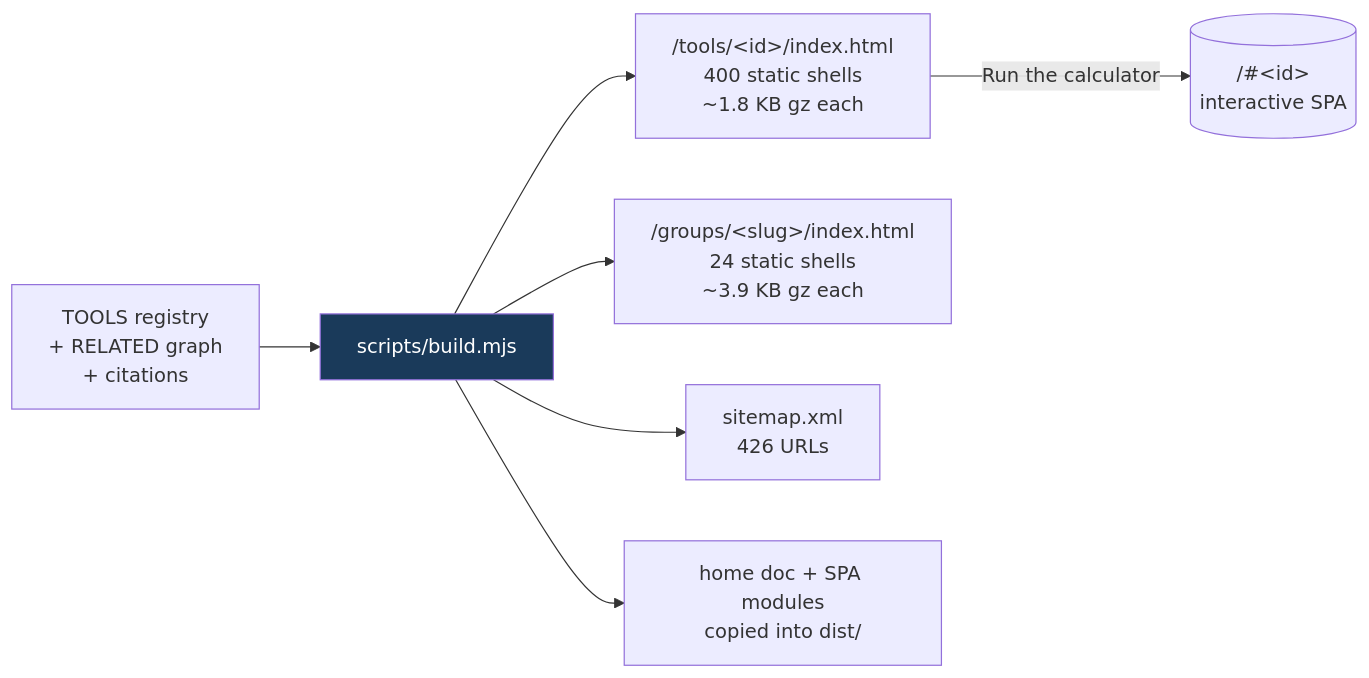
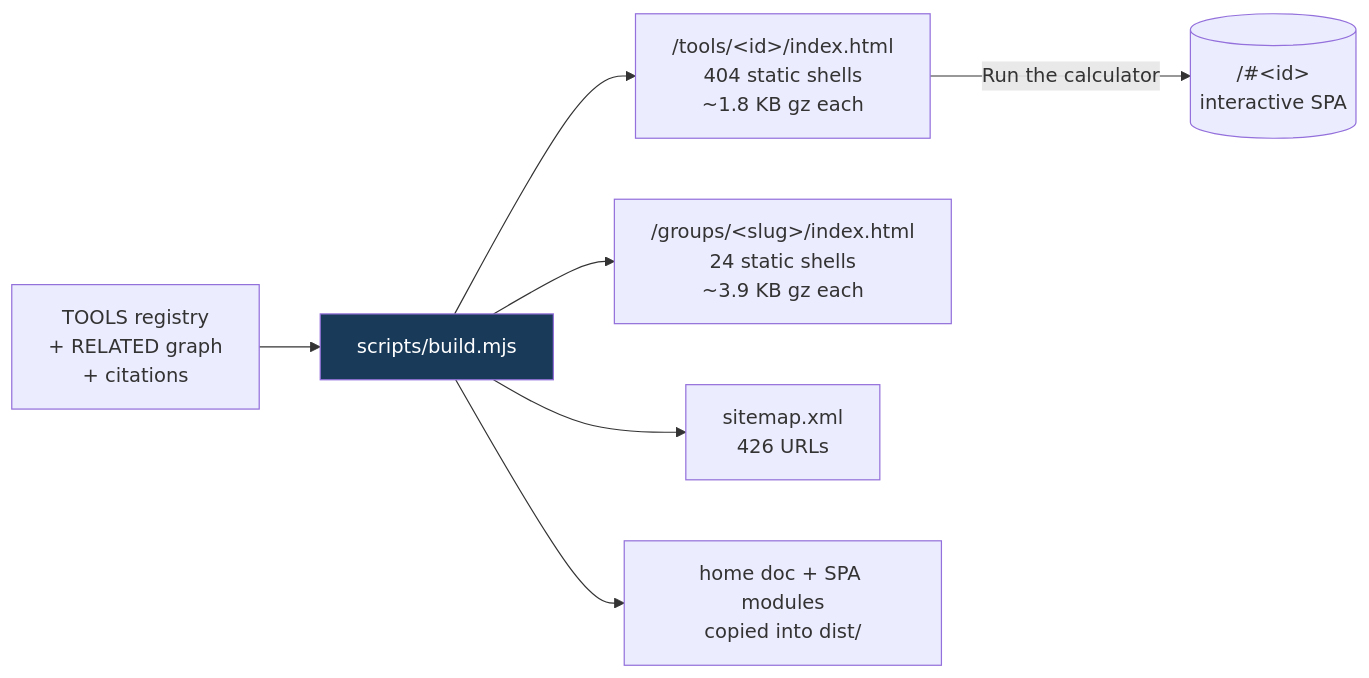
The third of 5 diagrams in README.md (clay-good/roughlogic.com), drawn with Mermaid before and after one commit. The commit also changed other lines of this file and 17 other files, not shown here.

````diff
--- a/README.md
+++ b/README.md
@@ -180,10 +182,10 @@
 ```mermaid
 flowchart LR
     SRC[TOOLS registry\n+ RELATED graph\n+ citations] --> BUILD[scripts/build.mjs]
-    BUILD --> TILE["/tools/&lt;id&gt;/index.html\n400 static shells\n~1.8 KB gz each"]
+    BUILD --> TILE["/tools/&lt;id&gt;/index.html\n404 static shells\n~1.8 KB gz each"]
     BUILD --> GROUP["/groups/&lt;slug&gt;/index.html\n24 static shells\n~3.9 KB gz each"]
     BUILD --> MAP["sitemap.xml\n426 URLs"]
     BUILD --> COPY[home doc + SPA modules\ncopied into dist/]
     TILE -->|Run the calculator| SPA[("/#&lt;id&gt;\ninteractive SPA")]
     style BUILD fill:#1a3a5a,color:#fff
 ```
````
